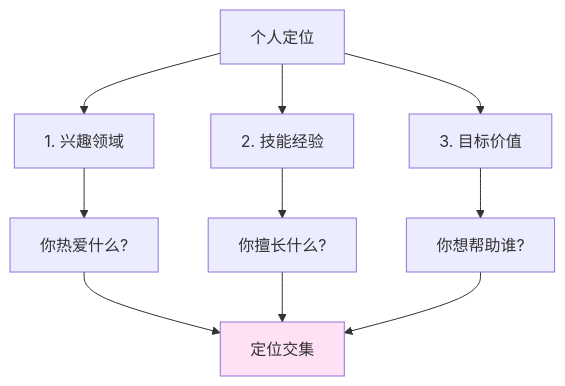
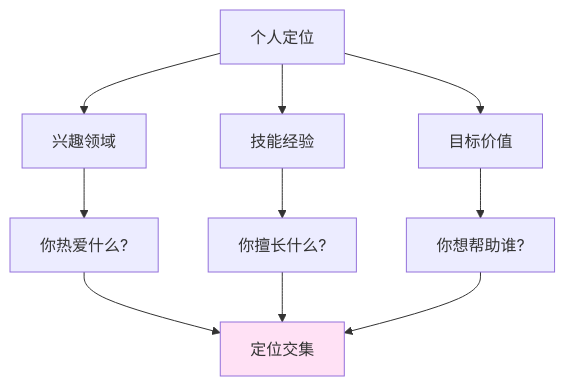
The diagram in 1.一人公司/1.品牌/01-个人定位.md (sunwei/opc), drawn with Mermaid before and after one commit.

Commit message:
update graph

````diff
--- a/1.一人公司/1.品牌/01-个人定位.md
+++ b/1.一人公司/1.品牌/01-个人定位.md
@@ -42,16 +42,16 @@
 ```mermaid
 graph TD
-    A[个人定位] --> B[1. 兴趣领域]
-    A --> C[2. 技能经验]
-    A --> D[3. 目标价值]
+    A[个人定位] --> B[兴趣领域]
+    A --> C[技能经验]
+    A --> D[目标价值]
     
     B --> E[你热爱什么?]
     C --> F[你擅长什么?]
     D --> G[你想帮助谁?]
     
     E --> H[定位交集]
     F --> H
     G --> H
     
     style H fill:#ffe1f5
 ```
````
